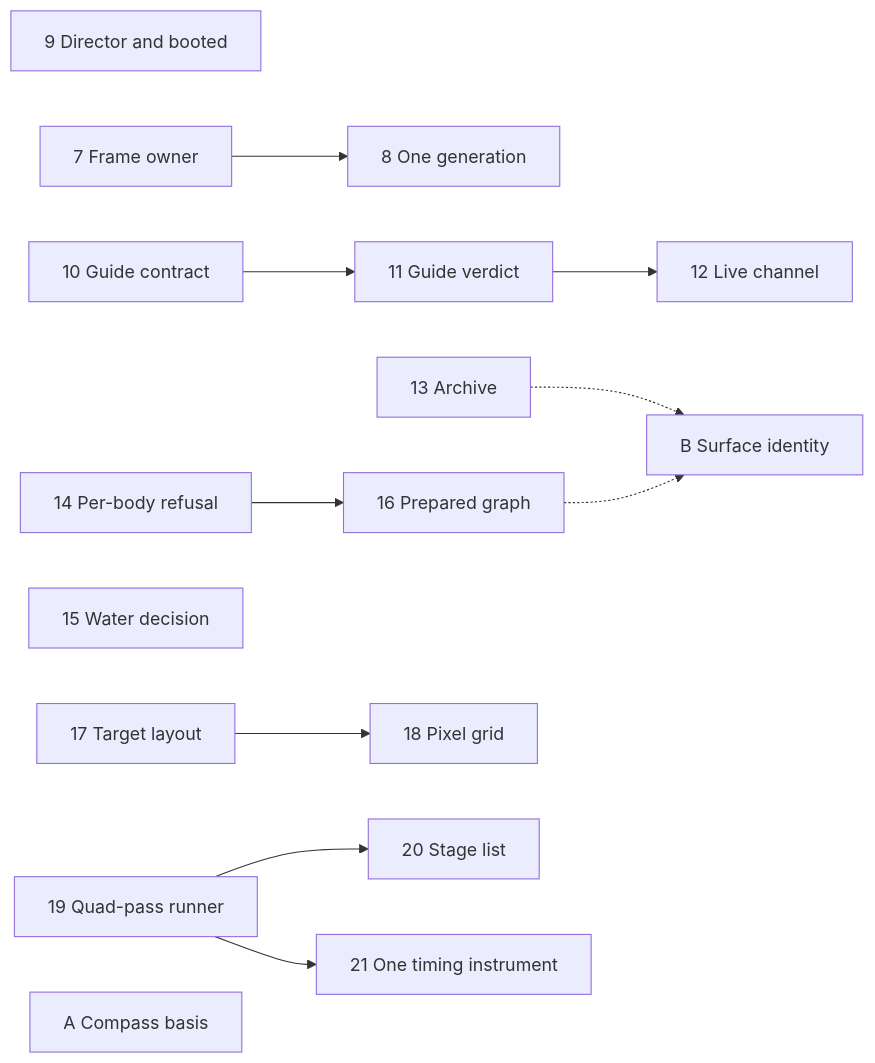
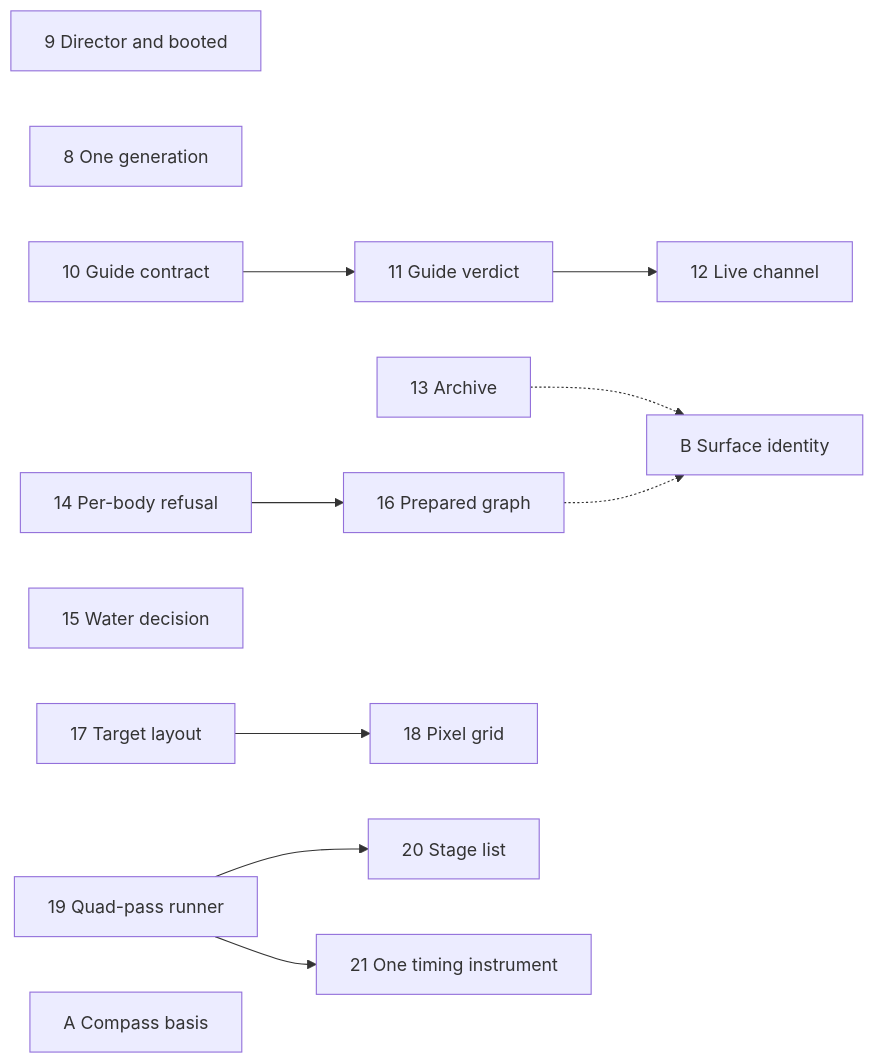
One commit to jonjaques/inertialref changed the diagram in design/plans/arch-review.md. Above: the diagram before and after it, drawn with Mermaid. The commit also changed other lines of this file and 18 other files, not shown here.

First line of the commit message:
refactor: the frame's owner is named once, and a playerless observatory frame is drawn (#114)

````diff
--- a/design/plans/arch-review.md
+++ b/design/plans/arch-review.md
@@ -70,16 +70,15 @@
 ```mermaid
 flowchart LR
   P9[9 Director and booted]
-  P7[7 Frame owner]
-  P7 --> P8[8 One generation]
+  P8[8 One generation]
   P10[10 Guide contract] --> P11[11 Guide verdict] --> P12[12 Live channel]
   P13[13 Archive]
   P14[14 Per-body refusal] --> P16[16 Prepared graph]
   P15[15 Water decision]
   P17[17 Target layout] --> P18[18 Pixel grid]
   P19[19 Quad-pass runner] --> P20[20 Stage list]
   P19 --> P21[21 One timing instrument]
   A[A Compass basis]
   P13 -.-> B[B Surface identity]
   P16 -.-> B
 ```
````
